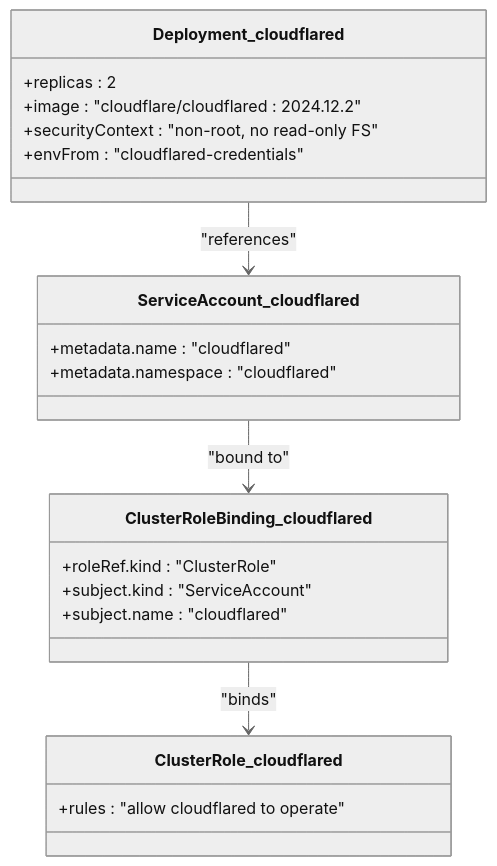
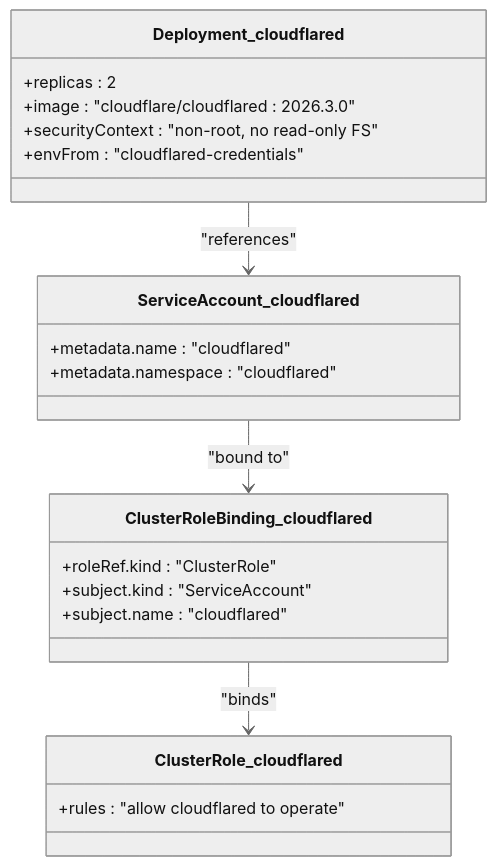
One commit to Hoangvu75/k8s_manifest changed the fourth of 7 diagrams in .qoder/repowiki/en/content/Infrastructure Applications/Cloudflare Tunnel.md. Above: the diagram before and after it, drawn with Mermaid (neutral theme). The commit also changed other lines of this file and 8 other files, not shown here.

````diff
--- a/.qoder/repowiki/en/content/Infrastructure Applications/Cloudflare Tunnel.md
+++ b/.qoder/repowiki/en/content/Infrastructure Applications/Cloudflare Tunnel.md
@@ -161,24 +169,24 @@
 ```mermaid
 classDiagram
 class ServiceAccount_cloudflared {
 +metadata.name : "cloudflared"
 +metadata.namespace : "cloudflared"
 }
 class ClusterRole_cloudflared {
 +rules : "allow cloudflared to operate"
 }
 class ClusterRoleBinding_cloudflared {
 +roleRef.kind : "ClusterRole"
 +subject.kind : "ServiceAccount"
 +subject.name : "cloudflared"
 }
 class Deployment_cloudflared {
 +replicas : 2
-+image : "cloudflare/cloudflared : 2024.12.2"
++image : "cloudflare/cloudflared : 2026.3.0"
 +securityContext : "non-root, no read-only FS"
 +envFrom : "cloudflared-credentials"
 }
 Deployment_cloudflared --> ServiceAccount_cloudflared : "references"
 ServiceAccount_cloudflared --> ClusterRoleBinding_cloudflared : "bound to"
 ClusterRoleBinding_cloudflared --> ClusterRole_cloudflared : "binds"
 ```
````
